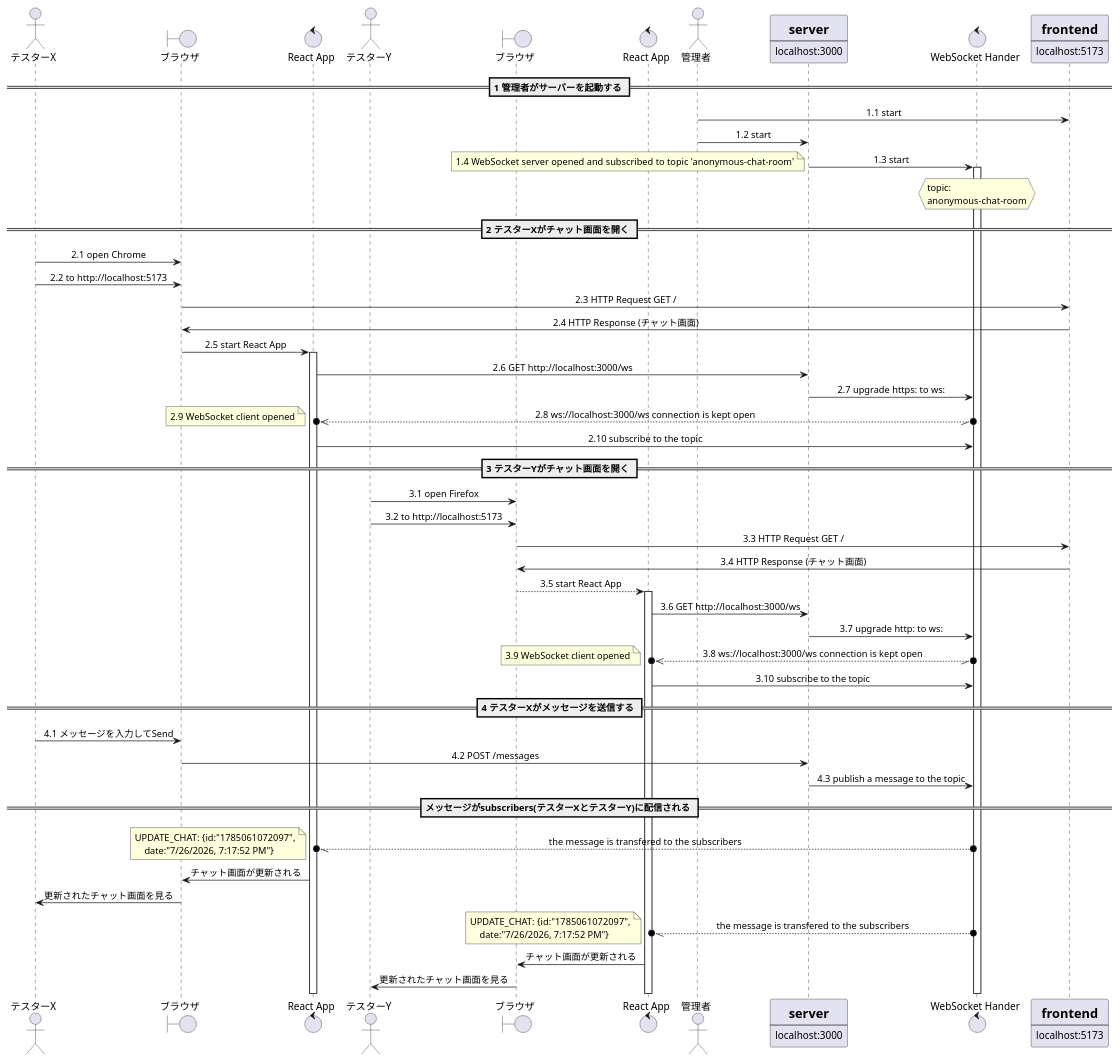
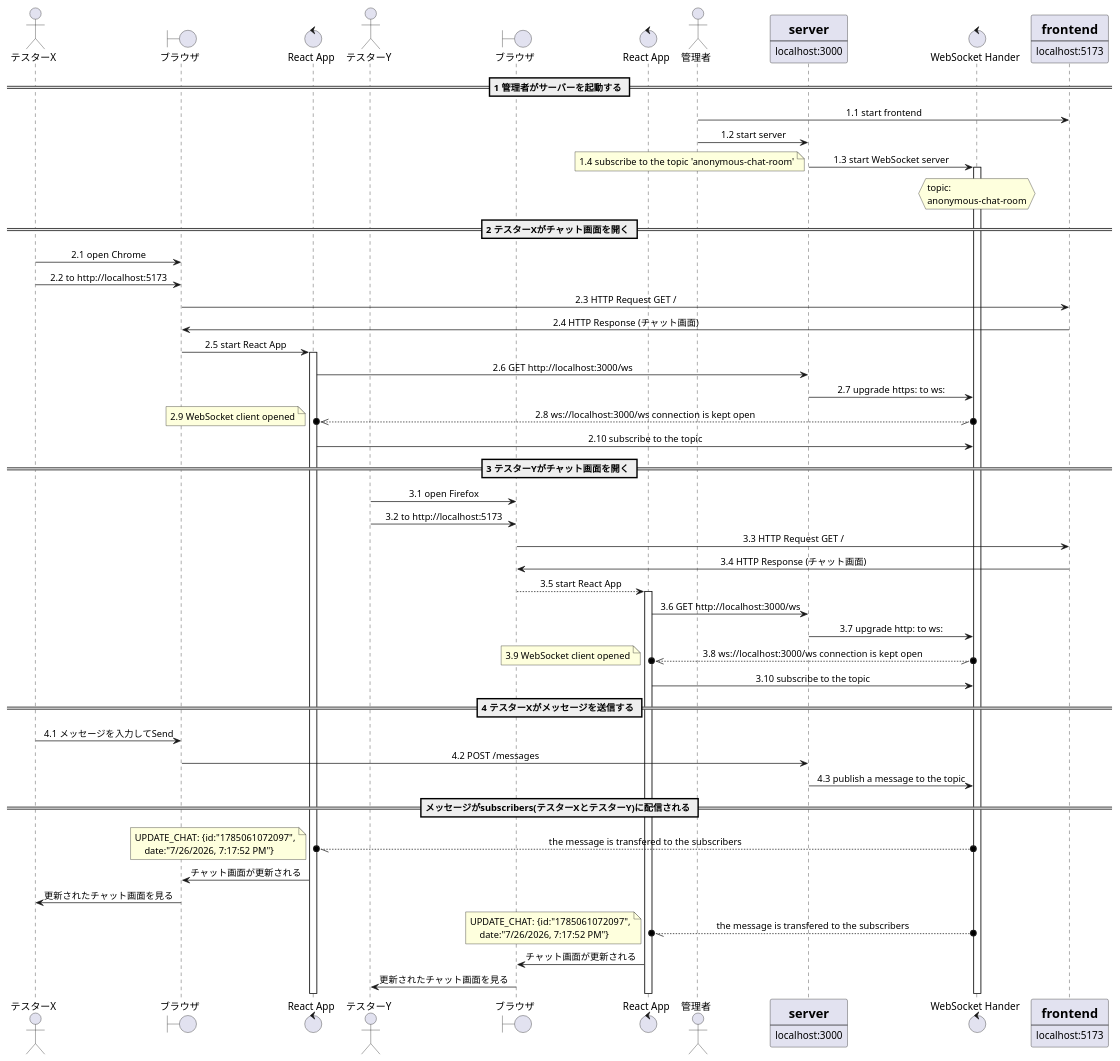
The diagram in docs/diagrams/src/sequence.puml (kazurayam/hono-simple-messaging-app-using-bun-and-websocket), drawn with PlantUML before and after one commit. The commit also changed 4 other files, not shown here.

```diff
--- a/docs/diagrams/src/sequence.puml
+++ b/docs/diagrams/src/sequence.puml
@@ -3,82 +3,82 @@
 @startuml sequence
 skinparam sequenceMessageAlign center
 
 actor       テスターX          as testerX
 boundary    ブラウザ           as chrome
 control     "React App"        as react1
 actor       テスターY          as testerY
 boundary    ブラウザ           as firefox
 control     "React App"        as react2
 actor       "管理者"           as admin
 
 participant server [
     =server
     ----
     localhost:3000
 ]
 control     "WebSocket Hander" as ws
 
 participant frontend [
     =frontend
     ----
     localhost:5173
 ]
 
 == 1 管理者がサーバーを起動する ==
-admin       ->   frontend   : 1.1 start
-admin       ->   server     : 1.2 start
-server      ->   ws         : 1.3 start
+admin       ->   frontend   : 1.1 start frontend
+admin       ->   server     : 1.2 start server
+server      ->   ws         : 1.3 start WebSocket server
 activate ws
 hnote over ws: topic:\nanonymous-chat-room
-note left: 1.4 WebSocket server opened and subscribed to topic 'anonymous-chat-room'
+note left: 1.4 subscribe to the topic 'anonymous-chat-room'
 
 == 2 テスターXがチャット画面を開く ==
 testerX     ->   chrome     : 2.1 open Chrome
 testerX     ->   chrome     : 2.2 to http://localhost:5173
 chrome      ->   frontend   : 2.3 HTTP Request GET /
 frontend    ->   chrome     : 2.4 HTTP Response (チャット画面)
 chrome      ->   react1     : 2.5 start React App
 activate react1
 react1      ->   server     : 2.6 GET http://localhost:3000/ws
 
 server      ->   ws         : 2.7 upgrade https: to ws:
 react1  o\\--\\o ws         : 2.8 ws://localhost:3000/ws connection is kept open
 note left: 2.9 WebSocket client opened
 react1      ->   ws         : 2.10 subscribe to the topic
 
 == 3 テスターYがチャット画面を開く ==
 testerY     ->   firefox    : 3.1 open Firefox
 testerY     ->   firefox    : 3.2 to http://localhost:5173
 firefox     ->   frontend   : 3.3 HTTP Request GET /
 frontend    ->   firefox    : 3.4 HTTP Response (チャット画面)
 firefox    -->   react2     : 3.5 start React App
 activate react2
 react2      ->   server     : 3.6 GET http://localhost:3000/ws
 server      ->   ws         : 3.7 upgrade http: to ws:
 react2  o\\--\\o ws         : 3.8 ws://localhost:3000/ws connection is kept open
 note left: 3.9 WebSocket client opened
 react2      ->   ws         : 3.10 subscribe to the topic
 
 == 4 テスターXがメッセージを送信する ==
 testerX     ->   chrome     : 4.1 メッセージを入力してSend
 chrome      ->   server     : 4.2 POST /messages
 server      ->   ws         : 4.3 publish a message to the topic
 
 == メッセージがsubscribers(テスターXとテスターY)に配信される ==
 react1  o\\--o   ws         : the message is transfered to the subscribers
 note left
 UPDATE_CHAT: {id:"1785061072097",
     date:"7/26/2026, 7:17:52 PM"}
 end note
 chrome     <-    react1     : チャット画面が更新される
 testerX    <-    chrome     : 更新されたチャット画面を見る
 
 react2  o\\--o   ws         : the message is transfered to the subscribers
 note left
 UPDATE_CHAT: {id:"1785061072097",
     date:"7/26/2026, 7:17:52 PM"}
 end note
 firefox    <-    react2         : チャット画面が更新される
 testerY    <-    firefox    : 更新されたチャット画面を見る
 
 @enduml
```
